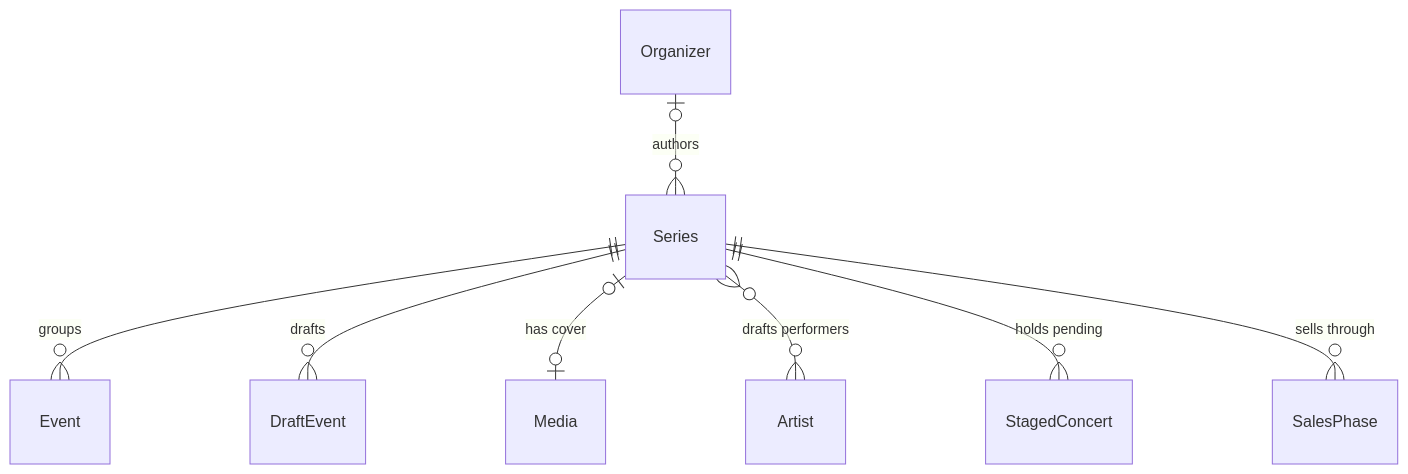
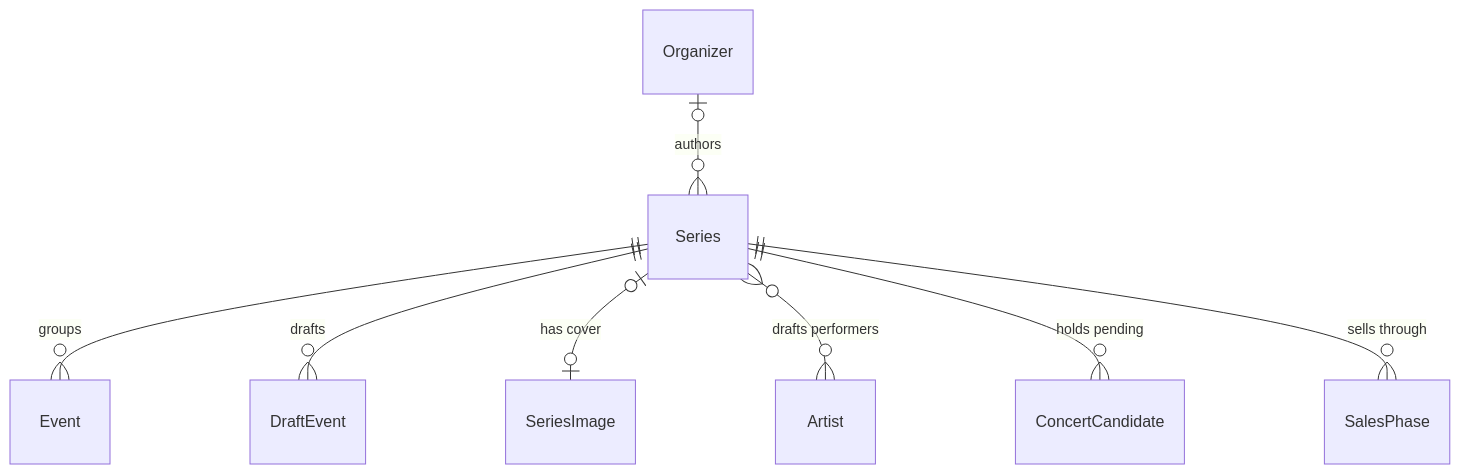
Before and after one commit to liverty-music/specification: the first of 2 diagrams in openspec/specs/components/entity/series/spec.md, drawn with Mermaid. The commit also changed other lines of this file and 115 other files, not shown here.

````diff
--- a/openspec/specs/components/entity/series/spec.md
+++ b/openspec/specs/components/entity/series/spec.md
@@ -22,10 +22,10 @@
 ```mermaid
 erDiagram
   Series ||--o{ Event : "groups"
   Series ||--o{ DraftEvent : "drafts"
   Organizer |o--o{ Series : "authors"
-  Series |o--o| Media : "has cover"
+  Series |o--o| SeriesImage : "has cover"
   Series }o--o{ Artist : "drafts performers"
-  Series ||--o{ StagedConcert : "holds pending"
+  Series ||--o{ ConcertCandidate : "holds pending"
   Series ||--o{ SalesPhase : "sells through"
 ```
````
